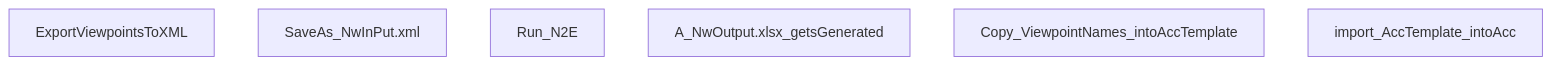
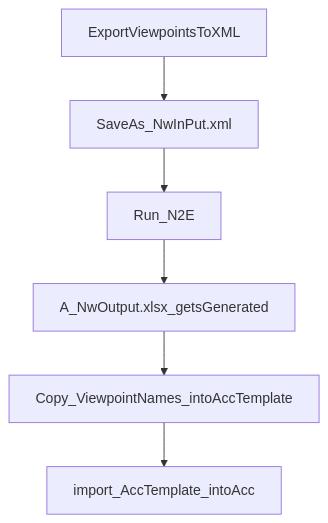
One commit to mathematics333/N2eParser changed the diagram in README.md. Above: the diagram before and after it, drawn with Mermaid. The commit also changed other lines of this file, not shown here.

````diff
--- a/README.md
+++ b/README.md
@@ -18,9 +18,4 @@
-```Mermaid
-flowchart TD;
-    ExportViewpointsToXML;
-    SaveAs_NwInPut.xml;
-    Run_N2E;
-    A_NwOutput.xlsx_getsGenerated;
-    Copy_ViewpointNames_intoAccTemplate;
-    import_AccTemplate_intoAcc;
+```mermaid
+   graph TD;
+       ExportViewpointsToXML-->SaveAs_NwInPut.xml-->Run_N2E-->A_NwOutput.xlsx_getsGenerated-->Copy_ViewpointNames_intoAccTemplate-->import_AccTemplate_intoAcc;
 ```
````
